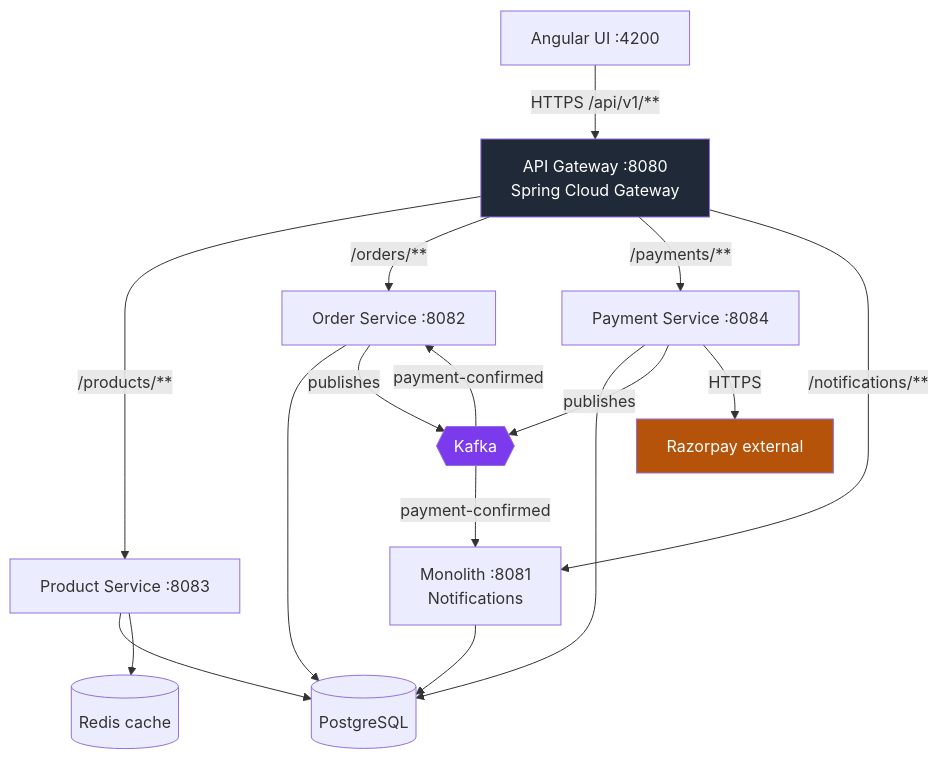
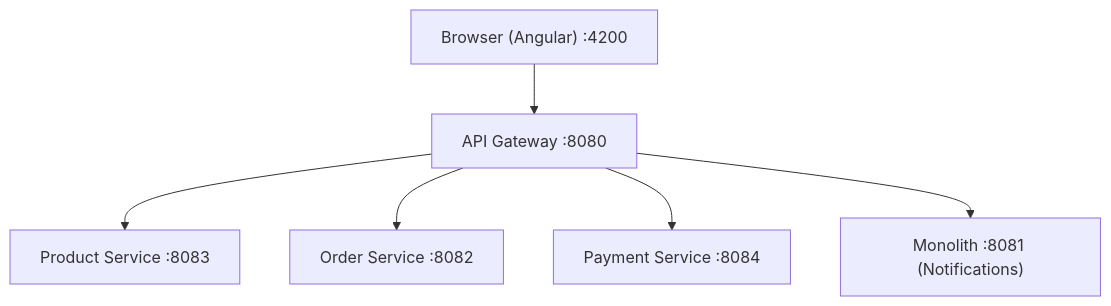
Before and after one commit to sankha-patra/Ebusiness-Platform: the first of 10 diagrams in STUDY_GUIDE.md, drawn with Mermaid. The commit also changed other lines of this file, not shown here.

First line of the commit message:
Rewrite study guide into phase-based flows with simpler diagrams

````diff
--- a/STUDY_GUIDE.md
+++ b/STUDY_GUIDE.md
@@ -25,27 +28,8 @@
 ```mermaid
-flowchart TB
-    UI["Angular UI :4200"] -->|HTTPS /api/v1/**| GW["API Gateway :8080<br/>Spring Cloud Gateway"]
-
-    GW -->|/products/**| PS["Product Service :8083"]
-    GW -->|/orders/**| OS["Order Service :8082"]
-    GW -->|/payments/**| PAY["Payment Service :8084"]
-    GW -->|/notifications/**| MONO["Monolith :8081<br/>Notifications"]
-
-    PS --> PG[("PostgreSQL")]
-    OS --> PG
-    PAY --> PG
-    MONO --> PG
-
-    PS --> REDIS[("Redis cache")]
-
-    PAY -->|publishes| K{{"Kafka"}}
-    OS -->|publishes| K
-    K -->|payment-confirmed| OS
-    K -->|payment-confirmed| MONO
-
-    PAY -->|HTTPS| RZP["Razorpay external"]
-
-    style GW fill:#1f2937,color:#fff
-    style K fill:#7c3aed,color:#fff
-    style RZP fill:#b45309,color:#fff
+flowchart TD
+    UI["Browser (Angular) :4200"] --> GW["API Gateway :8080"]
+    GW --> P["Product Service :8083"]
+    GW --> O["Order Service :8082"]
+    GW --> PAY["Payment Service :8084"]
+    GW --> N["Monolith :8081 (Notifications)"]
 ```
````
